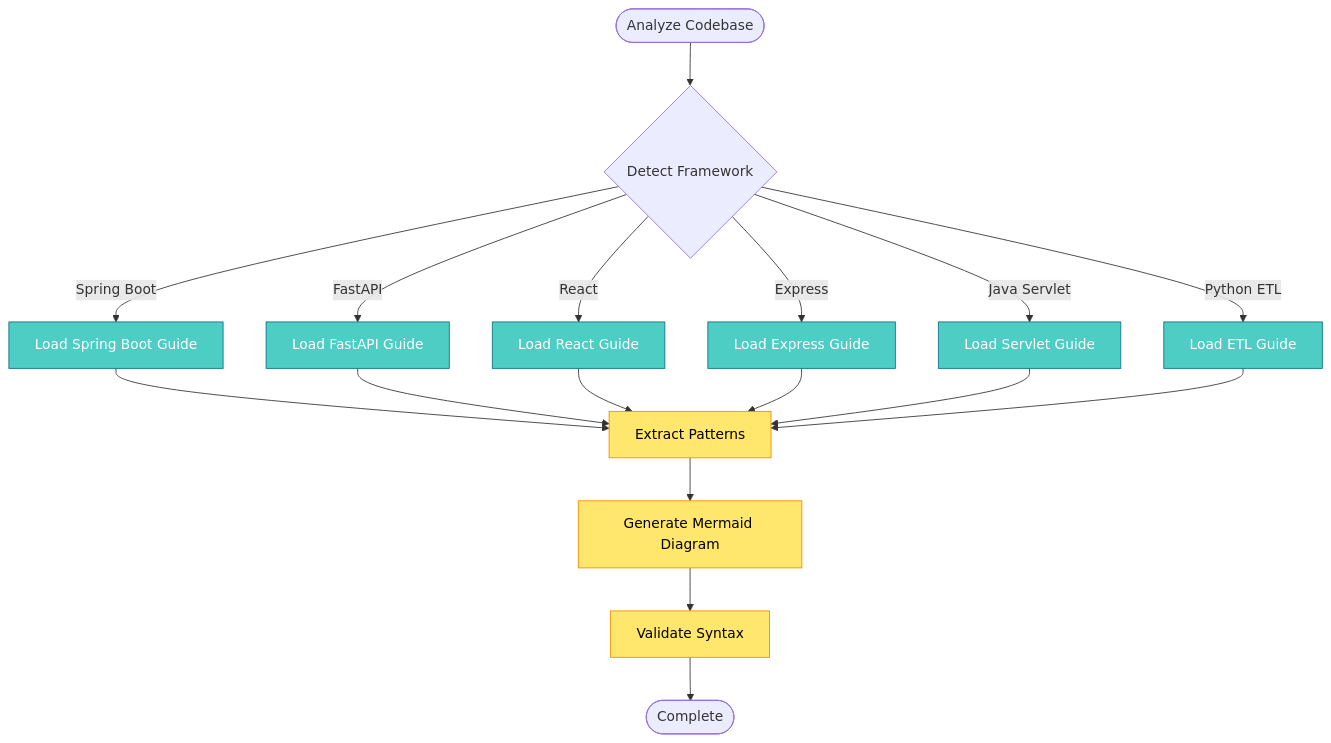
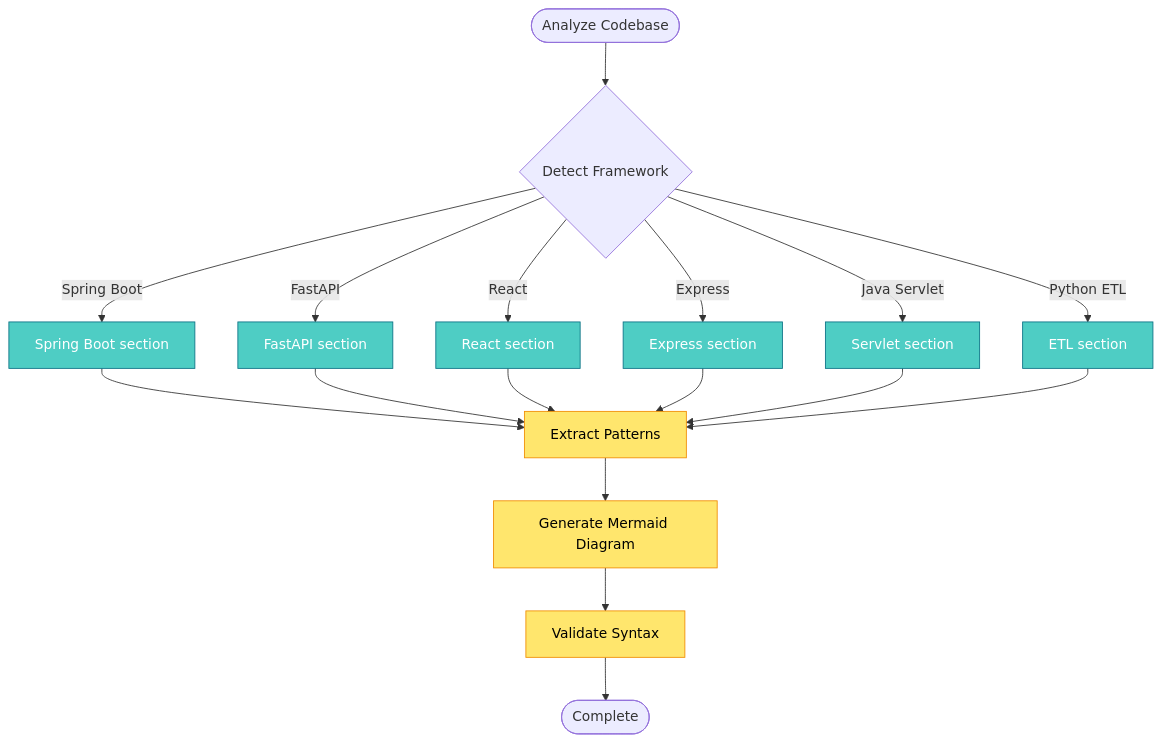
One commit to NSpencer4/common-scripts changed the first of 15 diagrams in skills/design-doc-mermaid/references/guides/code-to-diagram/README.md. Above: the diagram before and after it, drawn with Mermaid. The commit also changed other lines of this file and 11 other files, not shown here.

````diff
--- a/skills/design-doc-mermaid/references/guides/code-to-diagram/README.md
+++ b/skills/design-doc-mermaid/references/guides/code-to-diagram/README.md
@@ -112,28 +112,28 @@
 ```mermaid
 graph TB
     Start([Analyze Codebase]) --> Detect{Detect Framework}
 
-    Detect -->|Spring Boot| SpringGuide[Load Spring Boot Guide]
-    Detect -->|FastAPI| FastAPIGuide[Load FastAPI Guide]
-    Detect -->|React| ReactGuide[Load React Guide]
-    Detect -->|Express| ExpressGuide[Load Express Guide]
-    Detect -->|Java Servlet| ServletGuide[Load Servlet Guide]
-    Detect -->|Python ETL| ETLGuide[Load ETL Guide]
+    Detect -->|Spring Boot| SpringGuide[Spring Boot section]
+    Detect -->|FastAPI| FastAPIGuide[FastAPI section]
+    Detect -->|React| ReactGuide[React section]
+    Detect -->|Express| ExpressGuide[Express section]
+    Detect -->|Java Servlet| ServletGuide[Servlet section]
+    Detect -->|Python ETL| ETLGuide[ETL section]
 
     SpringGuide --> Extract[Extract Patterns]
     FastAPIGuide --> Extract
     ReactGuide --> Extract
     ExpressGuide --> Extract
     ServletGuide --> Extract
     ETLGuide --> Extract
 
     Extract --> Generate[Generate Mermaid Diagram]
     Generate --> Validate[Validate Syntax]
     Validate --> Done([Complete])
 
     classDef guide fill:#4ECDC4,stroke:#0B7285,color:#fff
     classDef process fill:#FFE66D,stroke:#F08C00,color:#000
 
     class SpringGuide,FastAPIGuide,ReactGuide,ExpressGuide,ServletGuide,ETLGuide guide
     class Extract,Generate,Validate process
 ```
````
